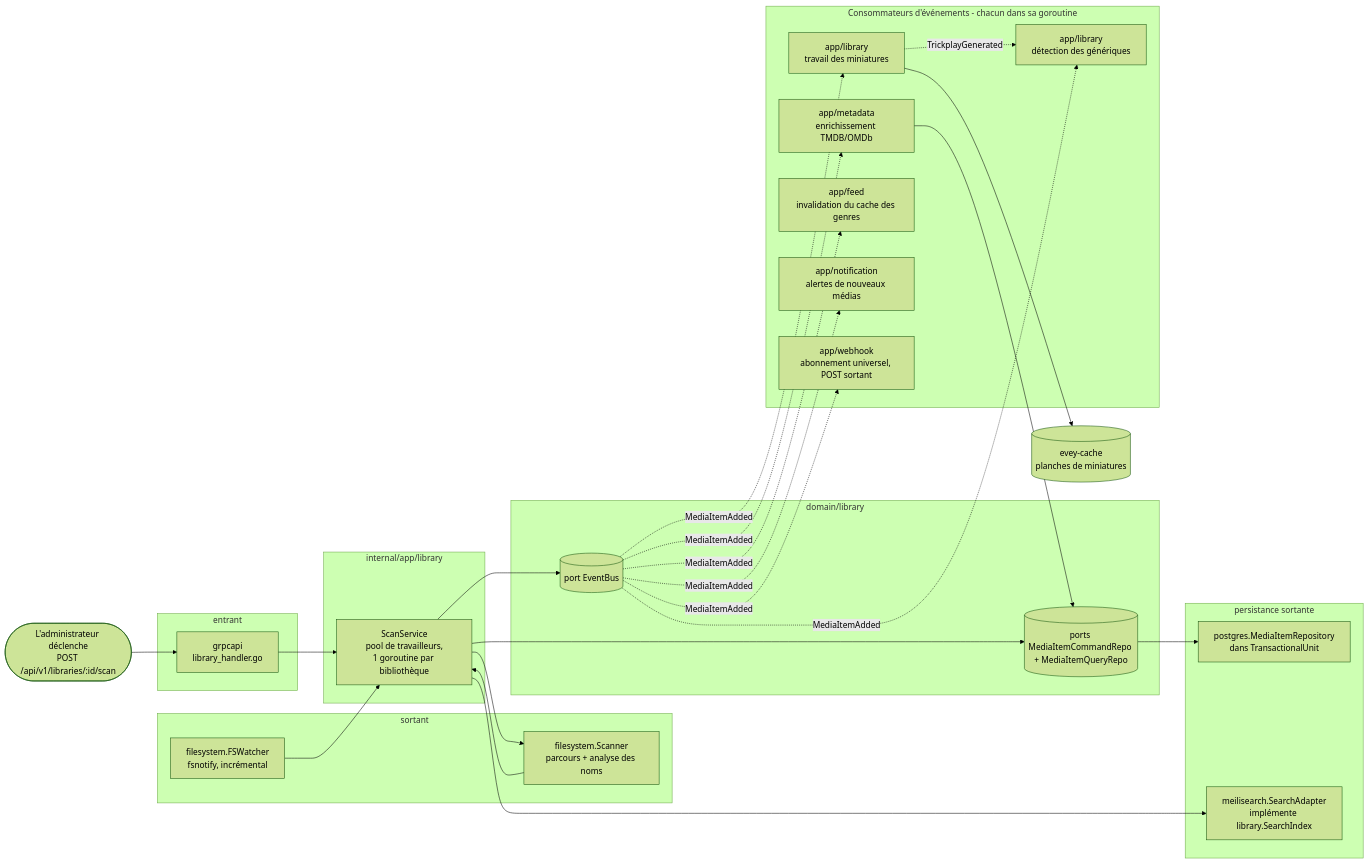
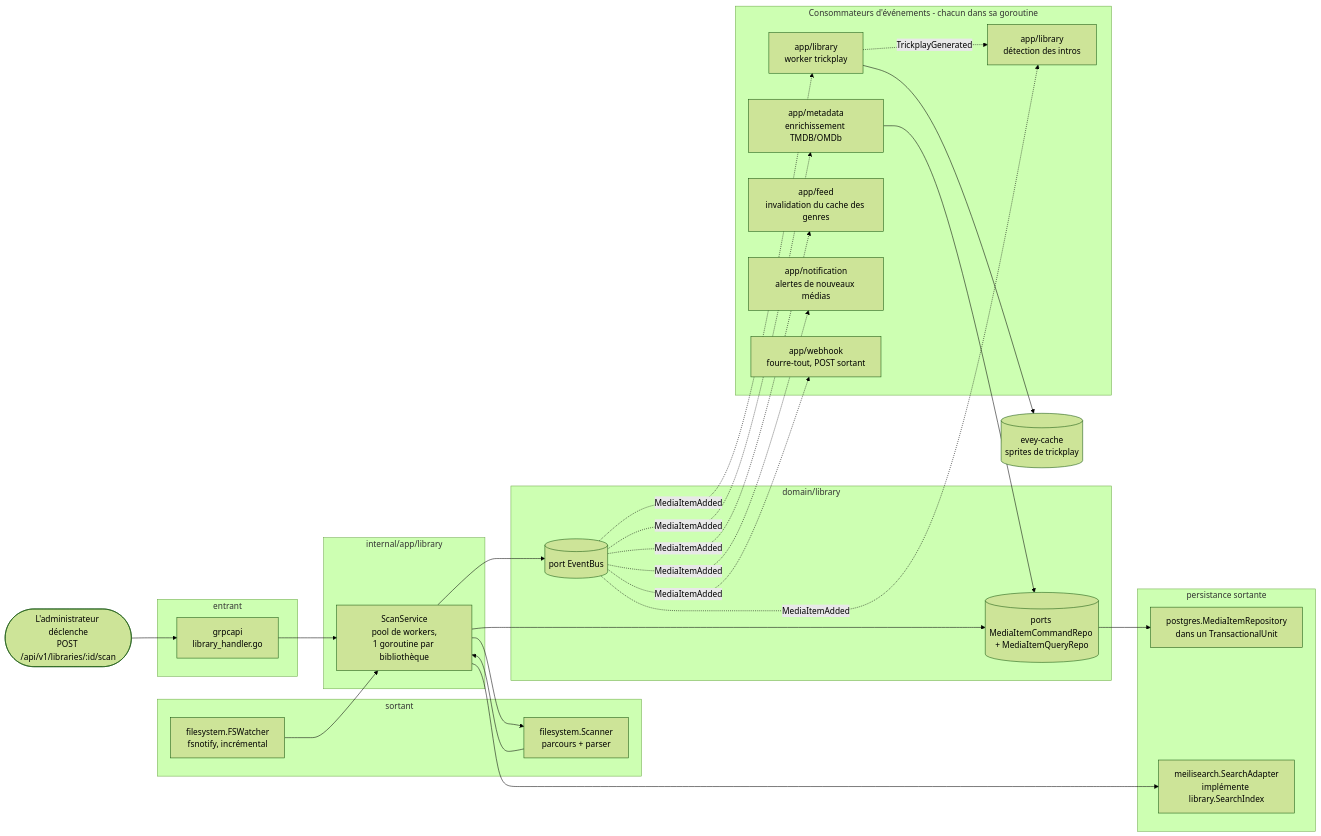
One commit to eveyproject/evey changed the fifth of 5 diagrams in wiki/translations/fr/ARCHITECTURE.md. Above: the diagram before and after it, drawn with Mermaid (forest theme). The commit also changed other lines of this file and 121 other files, not shown here.

````diff
--- a/wiki/translations/fr/ARCHITECTURE.md
+++ b/wiki/translations/fr/ARCHITECTURE.md
@@ -411,54 +373,54 @@
 ```mermaid
 flowchart LR
     user([L'administrateur déclenche<br/>POST /api/v1/libraries/:id/scan])
 
     subgraph driving2[entrant]
         h[grpcapi<br/>library_handler.go]
     end
 
     subgraph appLayer[internal/app/library]
-        svc[ScanService<br/>pool de travailleurs,<br/>1 goroutine par bibliothèque]
+        svc[ScanService<br/>pool de workers,<br/>1 goroutine par bibliothèque]
     end
 
     subgraph drivenScan[sortant]
-        scanner[filesystem.Scanner<br/>parcours + analyse des noms]
+        scanner[filesystem.Scanner<br/>parcours + parser]
         watcher[filesystem.FSWatcher<br/>fsnotify, incrémental]
     end
 
     subgraph domainScan[domain/library]
         repo[(ports MediaItemCommandRepo + MediaItemQueryRepo)]
         bus[(port EventBus)]
     end
 
     subgraph persist[persistance sortante]
-        pgrepo[postgres.MediaItemRepository<br/>dans TransactionalUnit]
+        pgrepo[postgres.MediaItemRepository<br/>dans un TransactionalUnit]
         searchidx[meilisearch.SearchAdapter<br/>implémente library.SearchIndex]
     end
 
     subgraph consumers[Consommateurs d'événements - chacun dans sa goroutine]
         meta[app/metadata<br/>enrichissement TMDB/OMDb]
-        trick[app/library<br/>travail des miniatures]
-        intro[app/library<br/>détection des génériques]
+        trick[app/library<br/>worker trickplay]
+        intro[app/library<br/>détection des intros]
         feed[app/feed<br/>invalidation du cache des genres]
         notif[app/notification<br/>alertes de nouveaux médias]
-        wh[app/webhook<br/>abonnement universel, POST sortant]
+        wh[app/webhook<br/>fourre-tout, POST sortant]
     end
 
     user --> h --> svc
     svc --> scanner
     watcher --> svc
     scanner --> svc
     svc --> repo
     repo --> pgrepo
     svc --> searchidx
     svc --> bus
     bus -. MediaItemAdded .-> meta
     bus -. MediaItemAdded .-> trick
     bus -. MediaItemAdded .-> intro
     bus -. MediaItemAdded .-> feed
     bus -. MediaItemAdded .-> notif
     bus -. MediaItemAdded .-> wh
     trick -. TrickplayGenerated .-> intro
     meta --> repo
-    trick --> ffstore[(evey-cache<br/>planches de miniatures)]
+    trick --> ffstore[(evey-cache<br/>sprites de trickplay)]
 ```
````
